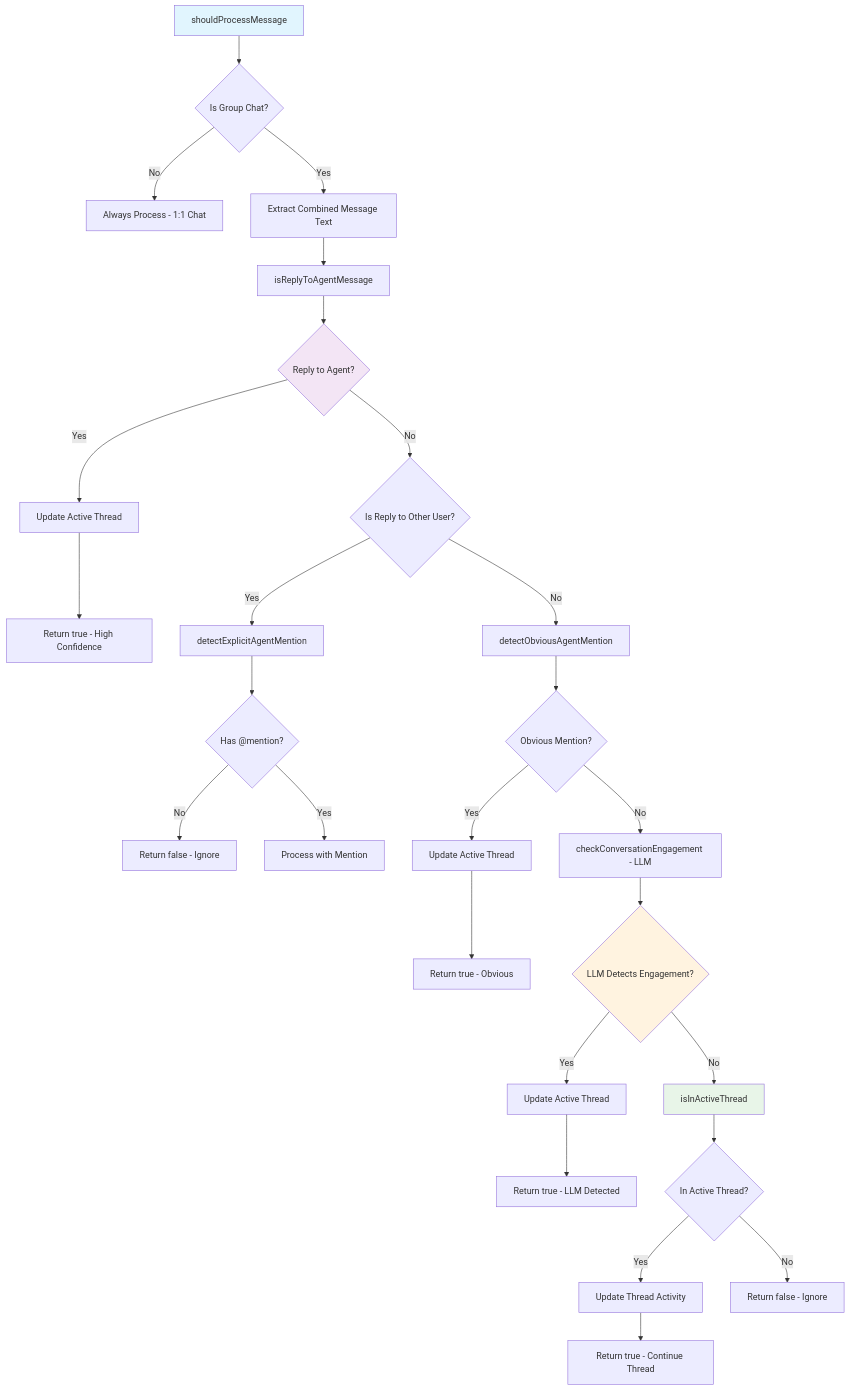
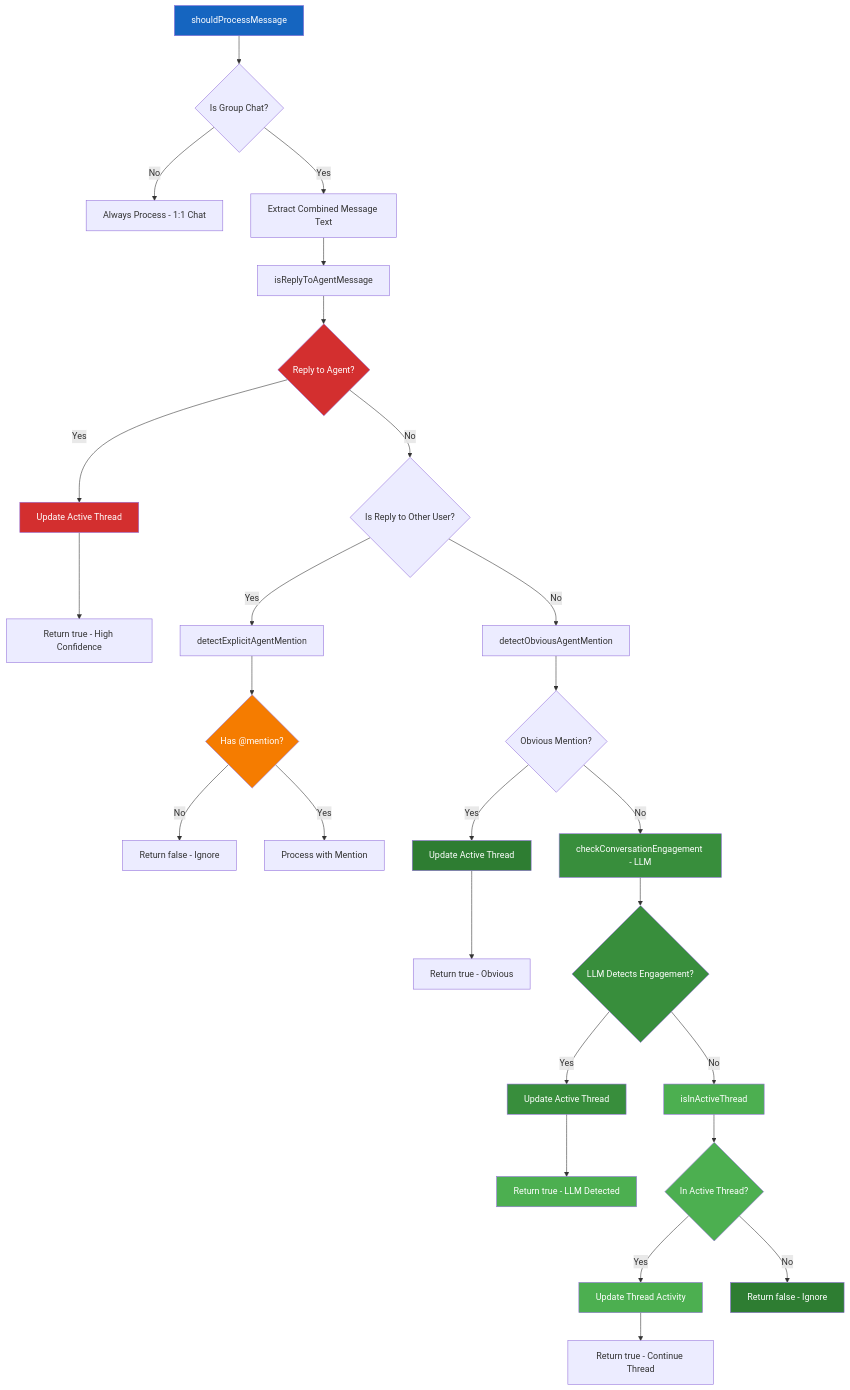
One commit to flayerlabs/xmtp-flaunchy changed the fourth of 12 diagrams in SYSTEM_ARCHITECTURE.md. Above: the diagram before and after it, drawn with Mermaid. The commit also changed other lines of this file, not shown here.

Commit message:
update system architecture

````diff
--- a/SYSTEM_ARCHITECTURE.md
+++ b/SYSTEM_ARCHITECTURE.md
@@ -211,39 +230,48 @@
 ```mermaid
 graph TD
     A[shouldProcessMessage] --> B{Is Group Chat?}
     B -->|No| C[Always Process - 1:1 Chat]
     B -->|Yes| D[Extract Combined Message Text]
 
     D --> E[isReplyToAgentMessage]
     E --> F{Reply to Agent?}
     F -->|Yes| G[Update Active Thread]
     G --> H[Return true - High Confidence]
 
     F -->|No| I{Is Reply to Other User?}
     I -->|Yes| J[detectExplicitAgentMention]
     J --> K{Has @mention?}
     K -->|No| L[Return false - Ignore]
     K -->|Yes| M[Process with Mention]
 
     I -->|No| N[detectObviousAgentMention]
     N --> O{Obvious Mention?}
     O -->|Yes| P[Update Active Thread]
     P --> Q[Return true - Obvious]
 
     O -->|No| R[checkConversationEngagement - LLM]
     R --> S{LLM Detects Engagement?}
     S -->|Yes| T[Update Active Thread]
     T --> U[Return true - LLM Detected]
 
     S -->|No| V[isInActiveThread]
     V --> W{In Active Thread?}
     W -->|Yes| X[Update Thread Activity]
     X --> Y[Return true - Continue Thread]
 
     W -->|No| Z[Return false - Ignore]
 
-    style A fill:#e1f5fe
-    style F fill:#f3e5f5
-    style S fill:#fff3e0
-    style V fill:#e8f5e8
+    style A fill:#1565C0,color:#ffffff
+    style F fill:#D32F2F,color:#ffffff
+    style G fill:#D32F2F,color:#ffffff
+    style K fill:#F57C00,color:#ffffff
+    style P fill:#2E7D32,color:#ffffff
+    style R fill:#388E3C,color:#ffffff
+    style S fill:#388E3C,color:#ffffff
+    style T fill:#388E3C,color:#ffffff
+    style U fill:#4CAF50,color:#ffffff
+    style V fill:#4CAF50,color:#ffffff
+    style W fill:#4CAF50,color:#ffffff
+    style X fill:#4CAF50,color:#ffffff
+    style Z fill:#2E7D32,color:#ffffff
 ```
````
